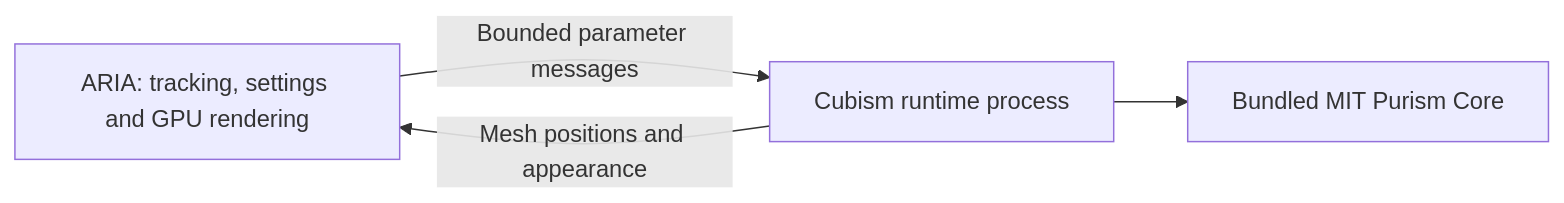
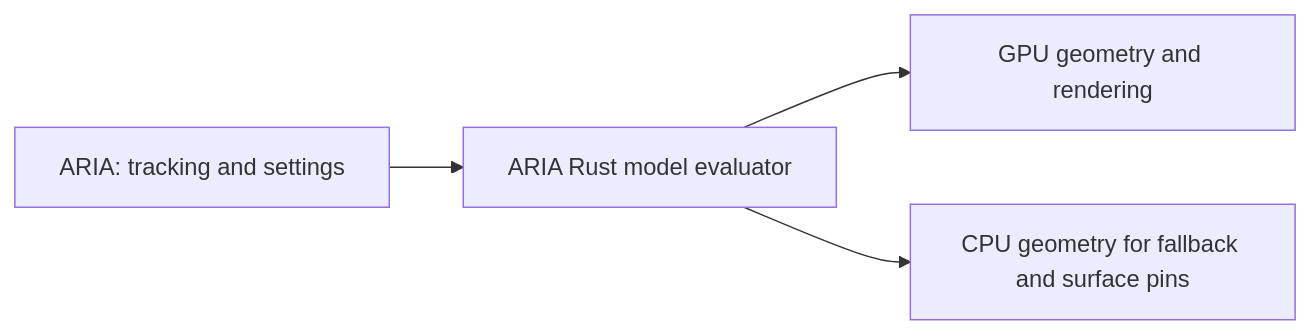
Before and after one commit to NekoUnix/A.R.I.A: the diagram in docs/platforms.md, drawn with Mermaid. The commit also changed other lines of this file and 83 other files, not shown here.

First line of the commit message:
Make ARIA Rust model core the default and remove Purism runtime

````diff
--- a/docs/platforms.md
+++ b/docs/platforms.md
@@ -23,6 +23,6 @@
 ```mermaid
 flowchart LR
-    UI[ARIA: tracking, settings and GPU rendering] -->|Bounded parameter messages| Host[Cubism runtime process]
-    Host --> Core[Bundled MIT Purism Core]
-    Host -->|Mesh positions and appearance| UI
+    UI[ARIA: tracking and settings] --> Core[ARIA Rust model evaluator]
+    Core --> GPU[GPU geometry and rendering]
+    Core --> CPU[CPU geometry for fallback and surface pins]
 ```
````
